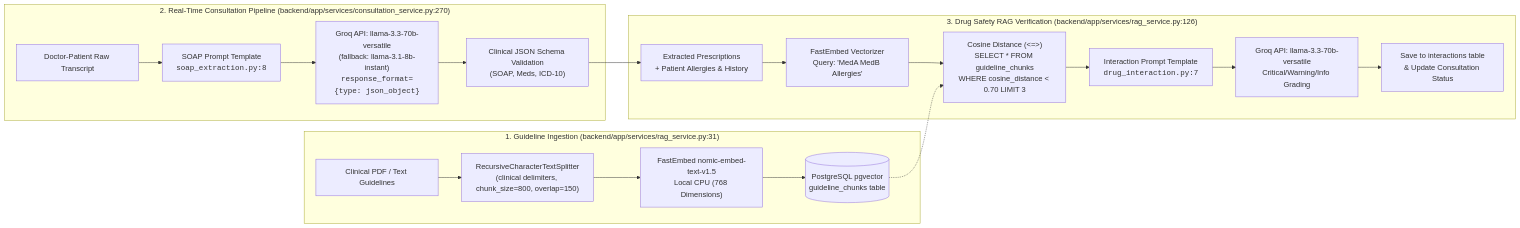
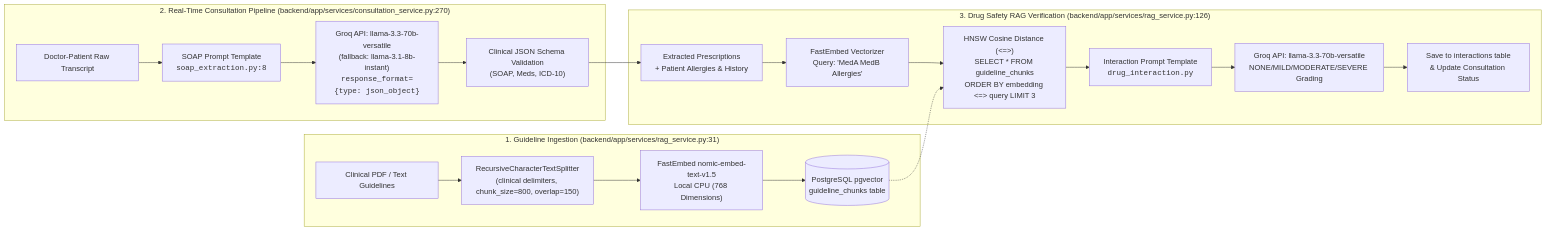
One commit to MayankV004/clearnote changed the fifth of 7 diagrams in docs/ARCHITECTURE.md. Above: the diagram before and after it, drawn with Mermaid. The commit also changed other lines of this file and 12 other files, not shown here.

````diff
--- a/docs/ARCHITECTURE.md
+++ b/docs/ARCHITECTURE.md
@@ -314,24 +314,24 @@
 ```mermaid
 flowchart LR
     subgraph Ingestion ["1. Guideline Ingestion (backend/app/services/rag_service.py:31)"]
         DOC["Clinical PDF / Text Guidelines"] --> CHUNKER["RecursiveCharacterTextSplitter<br/>(clinical delimiters, chunk_size=800, overlap=150)"]
         CHUNKER --> EMBED["FastEmbed nomic-embed-text-v1.5<br/>Local CPU (768 Dimensions)"]
         EMBED --> PGV[("PostgreSQL pgvector<br/>guideline_chunks table")]
     end
 
     subgraph ConsultationRun ["2. Real-Time Consultation Pipeline (backend/app/services/consultation_service.py:270)"]
         TRANSCRIPT["Doctor-Patient Raw Transcript"] --> PROMPT_SOAP["SOAP Prompt Template<br/><code>soap_extraction.py:8</code>"]
         PROMPT_SOAP --> GROQ_SOAP["Groq API: llama-3.3-70b-versatile<br/>(fallback: llama-3.1-8b-instant)<br/><code>response_format={type: json_object}</code>"]
         GROQ_SOAP --> PARSER["Clinical JSON Schema Validation<br/>(SOAP, Meds, ICD-10)"]
     end
 
     subgraph Verification ["3. Drug Safety RAG Verification (backend/app/services/rag_service.py:126)"]
         PARSER --> EXTRACT_MEDS["Extracted Prescriptions<br/>+ Patient Allergies & History"]
         EXTRACT_MEDS --> EMBED_QUERY["FastEmbed Vectorizer<br/>Query: 'MedA MedB Allergies'"]
-        EMBED_QUERY --> COSINE_SEARCH["Cosine Distance (<=>)<br/>SELECT * FROM guideline_chunks<br/>WHERE cosine_distance < 0.70 LIMIT 3"]
+        EMBED_QUERY --> COSINE_SEARCH["HNSW Cosine Distance (<=>)<br/>SELECT * FROM guideline_chunks<br/>ORDER BY embedding <=> query LIMIT 3"]
         PGV -.-> COSINE_SEARCH
-        COSINE_SEARCH --> PROMPT_INT["Interaction Prompt Template<br/><code>drug_interaction.py:7</code>"]
-        PROMPT_INT --> GROQ_INT["Groq API: llama-3.3-70b-versatile<br/>Critical/Warning/Info Grading"]
+        COSINE_SEARCH --> PROMPT_INT["Interaction Prompt Template<br/><code>drug_interaction.py</code>"]
+        PROMPT_INT --> GROQ_INT["Groq API: llama-3.3-70b-versatile<br/>NONE/MILD/MODERATE/SEVERE Grading"]
         GROQ_INT --> PERSIST["Save to interactions table<br/>& Update Consultation Status"]
     end
 ```
````
